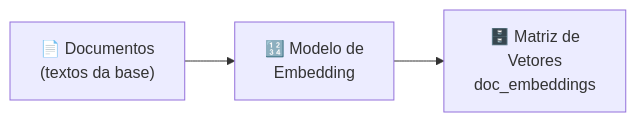
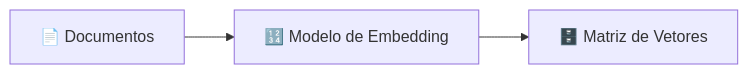
Before and after one commit to z4l1nux/naive-rag: the first of 5 diagrams in README.md, drawn with Mermaid. The commit also changed other lines of this file, not shown here.

Commit message:
fix: change mermaid

````diff
--- a/README.md
+++ b/README.md
@@ -48,5 +54,5 @@
 ```mermaid
 flowchart LR
-    A["📄 Documentos\n(textos da base)"] --> B["🔢 Modelo de\nEmbedding"]
-    B --> C["🗄️ Matriz de\nVetores\ndoc_embeddings"]
+    A["📄 Documentos"] --> B["🔢 Modelo de Embedding"]
+    B --> C["🗄️ Matriz de Vetores"]
 ```
````
